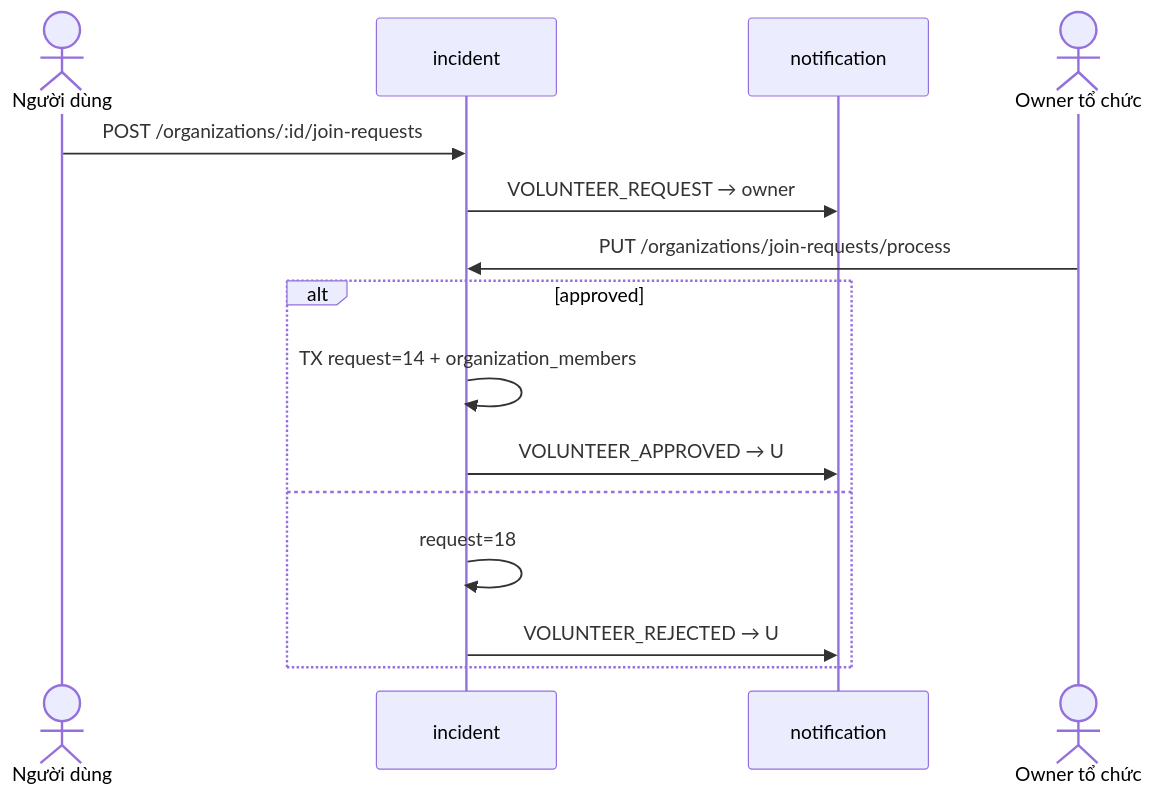
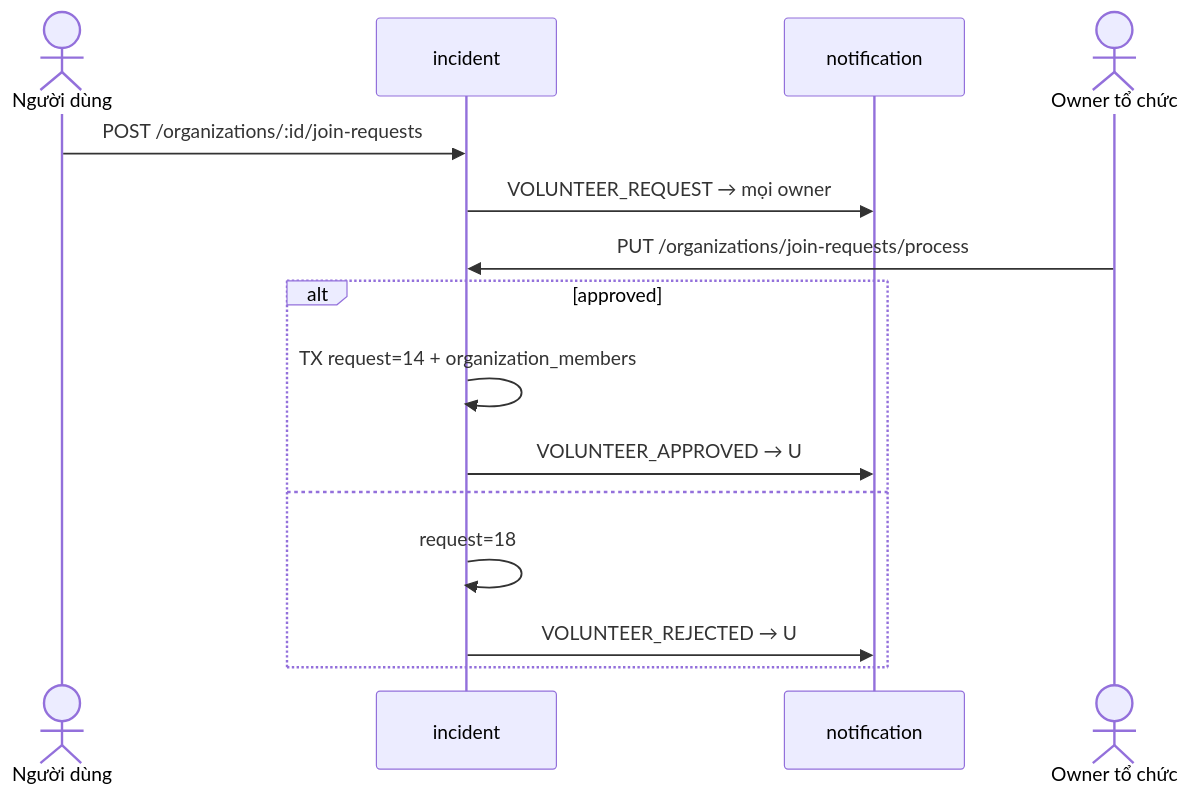
One commit to DOAN2-UQT-KN/ecolink-docs changed the tenth of 24 diagrams in 02-business-flows.md. Above: the diagram before and after it, drawn with Mermaid. The commit also changed other lines of this file and 10 other files, not shown here.

Commit message:
docs: multi-owner organization registration flow

````diff
--- a/02-business-flows.md
+++ b/02-business-flows.md
@@ -506,17 +431,17 @@
 ```mermaid
 sequenceDiagram
   actor U as Người dùng
   participant INC as incident
   participant NS as notification
   actor O as Owner tổ chức
   U->>INC: POST /organizations/:id/join-requests
-  INC->>NS: VOLUNTEER_REQUEST → owner
+  INC->>NS: VOLUNTEER_REQUEST → mọi owner
   O->>INC: PUT /organizations/join-requests/process
   alt approved
     INC->>INC: TX request=14 + organization_members
     INC->>NS: VOLUNTEER_APPROVED → U
   else
     INC->>INC: request=18
     INC->>NS: VOLUNTEER_REJECTED → U
   end
 ```
````
